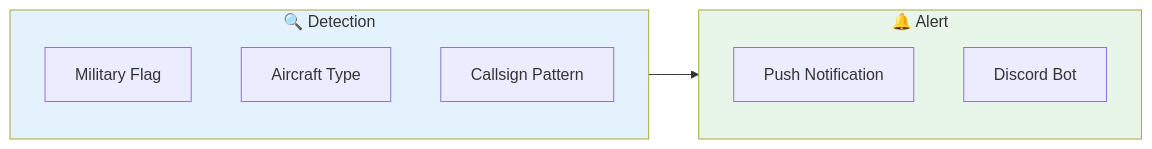
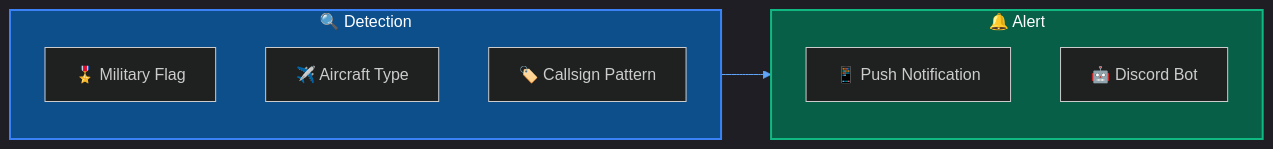
Before and after one commit to CHA0S-CORP/SkySpyDocs: the first of 2 diagrams in docs/Recipes/military-spotter.md, drawn with Mermaid. The commit also changed other lines of this file and 11 other files, not shown here.

````diff
--- a/docs/Recipes/military-spotter.md
+++ b/docs/Recipes/military-spotter.md
@@ -10,18 +10,19 @@
 ```mermaid
+%%{init: {'theme': 'dark', 'themeVariables': { 'primaryColor': '#1e3a5f', 'primaryTextColor': '#fff', 'primaryBorderColor': '#3b82f6', 'lineColor': '#60a5fa'}}}%%
 flowchart LR
     subgraph Detection["🔍 Detection"]
-        MIL[Military Flag]
-        TYPE[Aircraft Type]
-        CALL[Callsign Pattern]
+        MIL["🎖️ Military Flag"]
+        TYPE["✈️ Aircraft Type"]
+        CALL["🏷️ Callsign Pattern"]
     end
 
     subgraph Alert["🔔 Alert"]
-        PUSH[Push Notification]
-        DISCORD[Discord Bot]
+        PUSH["📱 Push Notification"]
+        DISCORD["🤖 Discord Bot"]
     end
 
     Detection --> Alert
 
-    style Detection fill:#e3f2fd
-    style Alert fill:#e8f5e9
+    style Detection fill:#0d4f8b,stroke:#3b82f6,stroke-width:2px,color:#fff
+    style Alert fill:#065f46,stroke:#10b981,stroke-width:2px,color:#fff
 ```
````
